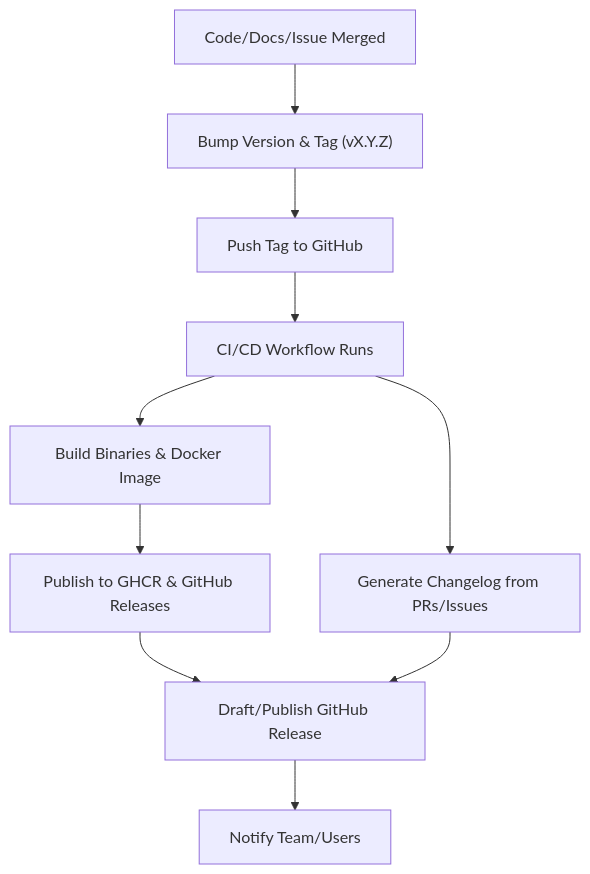
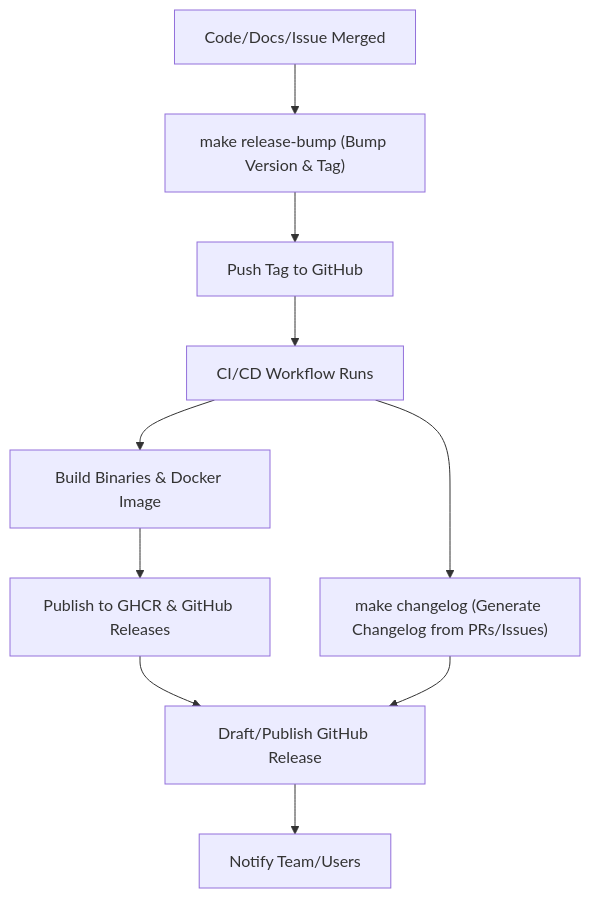
One commit to sofatutor/llm-proxy changed the first of 3 diagrams in docs/issues/phase-7-release-plan.md. Above: the diagram before and after it, drawn with Mermaid. The commit also changed other lines of this file and 1 other file, not shown here.

Commit message:
docs(issues): update release workflow issue to use Makefile targets for automation, remove CLI command references

````diff
--- a/docs/issues/phase-7-release-plan.md
+++ b/docs/issues/phase-7-release-plan.md
@@ -6,15 +6,15 @@
 ```mermaid
 flowchart TD
     Dev["Code/Docs/Issue Merged"]
-    Bump["Bump Version & Tag (vX.Y.Z)"]
+    Bump["make release-bump (Bump Version & Tag)"]
     Push["Push Tag to GitHub"]
     CI["CI/CD Workflow Runs"]
     Build["Build Binaries & Docker Image"]
     Publish["Publish to GHCR & GitHub Releases"]
-    Changelog["Generate Changelog from PRs/Issues"]
+    Changelog["make changelog (Generate Changelog from PRs/Issues)"]
     Release["Draft/Publish GitHub Release"]
     Notify["Notify Team/Users"]
 
     Dev --> Bump --> Push --> CI --> Build --> Publish --> Release --> Notify
     CI --> Changelog --> Release
 ```
````
